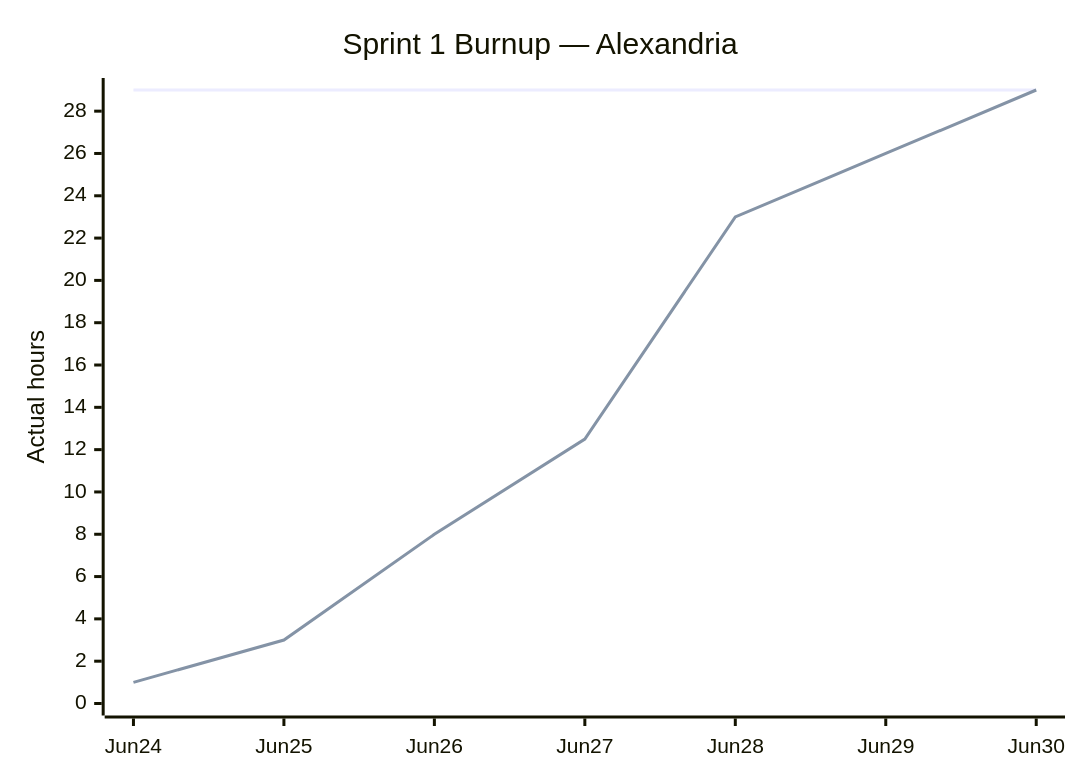
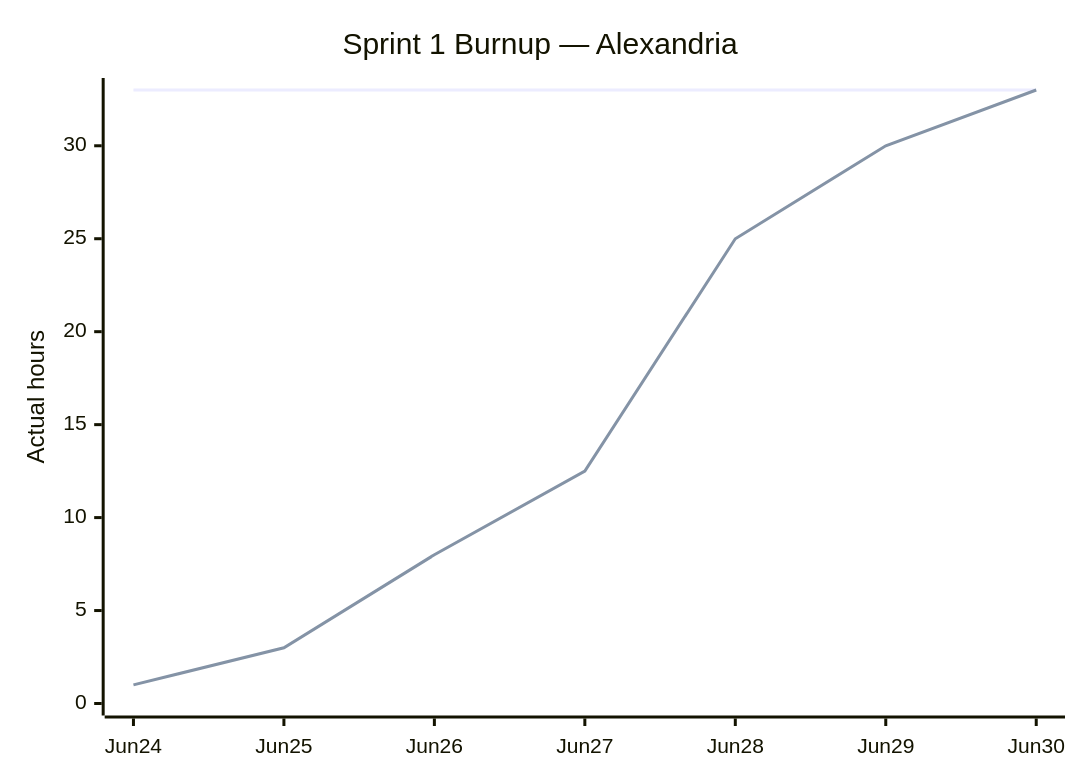
One commit to ucsc-cse115a-alexandria/alexandria changed the diagram in docs/sprint-1-report.md. Above: the diagram before and after it, drawn with Mermaid. The commit also changed other lines of this file and 4 other files, not shown here.

````diff
--- a/docs/sprint-1-report.md
+++ b/docs/sprint-1-report.md
@@ -63,8 +71,8 @@
 ```mermaid
 xychart-beta
     title "Sprint 1 Burnup — Alexandria"
     x-axis [Jun24, Jun25, Jun26, Jun27, Jun28, Jun29, Jun30]
-    y-axis "Actual hours" 0 --> 29
-    line [29, 29, 29, 29, 29, 29, 29]
-    line [1, 3, 8, 12.5, 23, 26, 29]
+    y-axis "Actual hours" 0 --> 33
+    line [33, 33, 33, 33, 33, 33, 33]
+    line [1, 3, 8, 12.5, 25, 30, 33]
 ```
````
